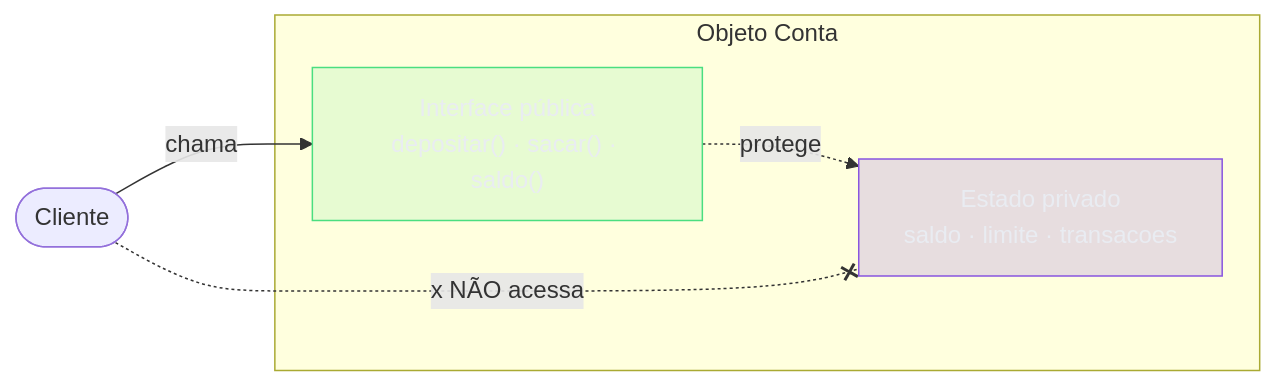
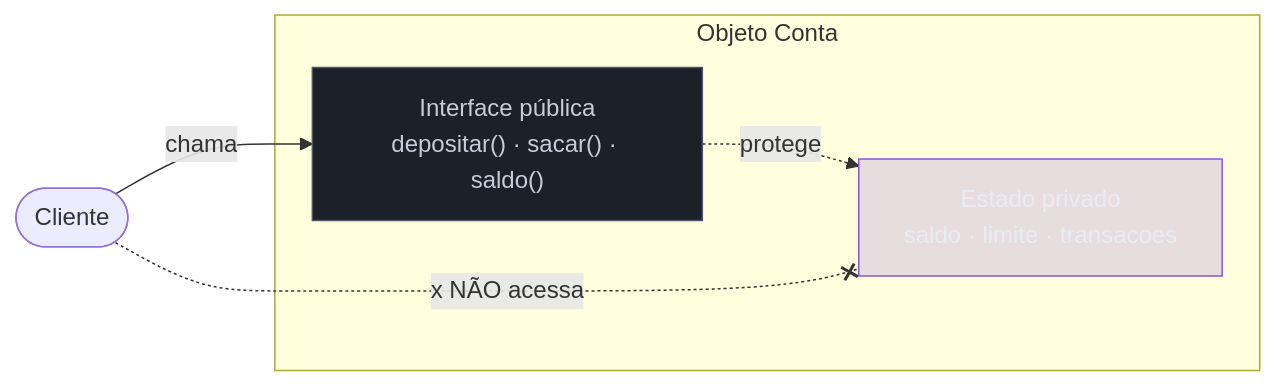
The first of 2 diagrams in 03-Dominios/Engenharia/Design de Software/Orientação a Objetos/02 - Encapsulamento.md (josenaldo/codex-technomanticus), drawn with Mermaid before and after one commit. The commit also changed other lines of this file and 601 other files, not shown here.

````diff
--- a/03-Dominios/Engenharia/Design de Software/Orientação a Objetos/02 - Encapsulamento.md
+++ b/03-Dominios/Engenharia/Design de Software/Orientação a Objetos/02 - Encapsulamento.md
@@ -28,16 +28,16 @@
 ```mermaid
 flowchart LR
-    classDef ok fill:#4ADE8021,stroke:#4ADE80,color:#E9ECF2
+    classDef neutro fill:#1B2029,stroke:#4E5666,color:#C6CCD8
     classDef marca fill:#8855DF33,stroke:#8855DF,color:#E9ECF2
     Cliente([Cliente]) -->|chama| API
 
     subgraph Objeto["Objeto Conta"]
         API["Interface pública<br/>depositar() · sacar() · saldo()"]
         API -.protege.-> Estado["Estado privado<br/>saldo · limite · transacoes"]
     end
 
     Cliente -.x NÃO acessa.-x Estado
 
-    class API ok
+    class API neutro
     class Estado marca
 ```
````
